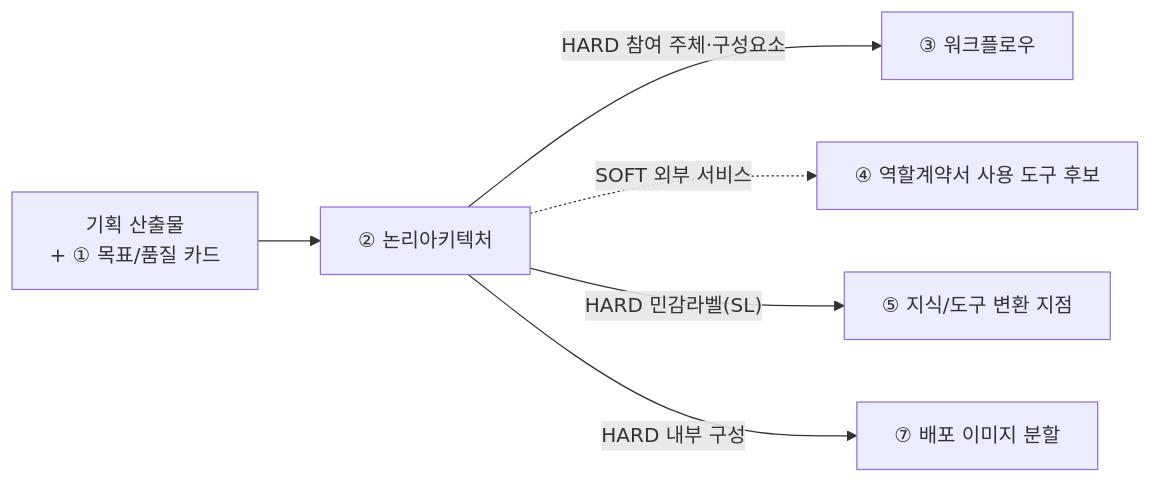
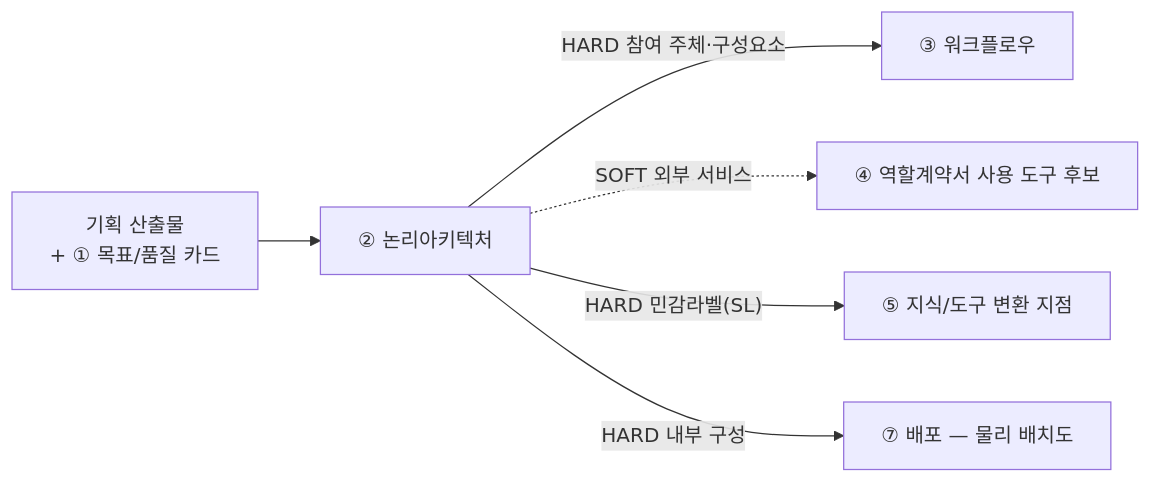
One commit to unicorn-campus/unicorn-skills changed the diagram in design-architecture/guides/02-논리아키텍처-가이드.md. Above: the diagram before and after it, drawn with Mermaid. The commit also changed other lines of this file and 16 other files, not shown here.

````diff
--- a/design-architecture/guides/02-논리아키텍처-가이드.md
+++ b/design-architecture/guides/02-논리아키텍처-가이드.md
@@ -19,8 +19,8 @@
 ```mermaid
 flowchart LR
   P["기획 산출물<br/>+ ① 목표/품질 카드"] --> A["② 논리아키텍처"]
   A -->|"HARD 참여 주체·구성요소"| S3["③ 워크플로우"]
   A -.->|"SOFT 외부 서비스"| S4["④ 역할계약서 사용 도구 후보"]
   A -->|"HARD 민감라벨(SL)"| S5["⑤ 지식/도구 변환 지점"]
-  A -->|"HARD 내부 구성"| S7["⑦ 배포 이미지 분할"]
+  A -->|"HARD 내부 구성"| S7["⑦ 배포 — 물리 배치도"]
 ```
````
